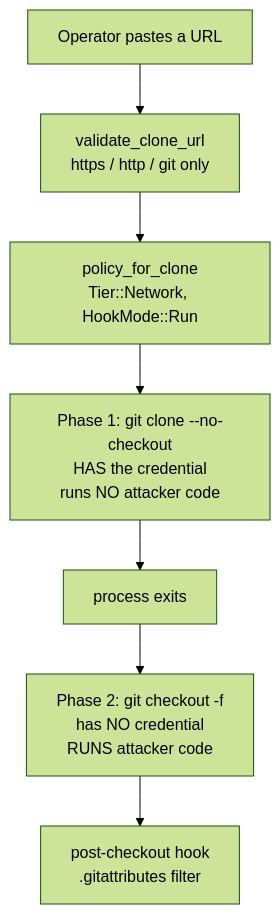
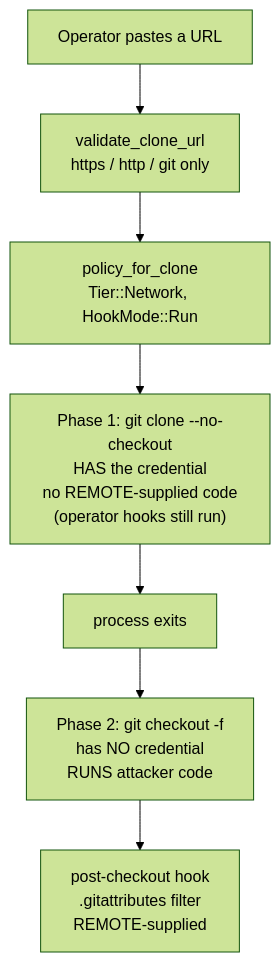
Before and after one commit to tom2025b/git-vista: the first of 7 diagrams in docs/adr/0137-an-untrusted-checkout-inherits-an-allowlist.md, drawn with Mermaid (forest theme). The commit also changed other lines of this file and 1 other file, not shown here.

````diff
--- a/docs/adr/0137-an-untrusted-checkout-inherits-an-allowlist.md
+++ b/docs/adr/0137-an-untrusted-checkout-inherits-an-allowlist.md
@@ -22,9 +22,9 @@
 ```mermaid
 flowchart TD
   U["Operator pastes a URL"] --> V["validate_clone_url<br/>https / http / git only"]
   V --> P["policy_for_clone<br/>Tier::Network, HookMode::Run"]
-  P --> T["Phase 1: git clone --no-checkout<br/>HAS the credential<br/>runs NO attacker code"]
+  P --> T["Phase 1: git clone --no-checkout<br/>HAS the credential<br/>no REMOTE-supplied code<br/>(operator hooks still run)"]
   T --> X["process exits"]
   X --> C["Phase 2: git checkout -f<br/>has NO credential<br/>RUNS attacker code"]
-  C --> H["post-checkout hook<br/>.gitattributes filter"]
+  C --> H["post-checkout hook<br/>.gitattributes filter<br/>REMOTE-supplied"]
 ```
````
